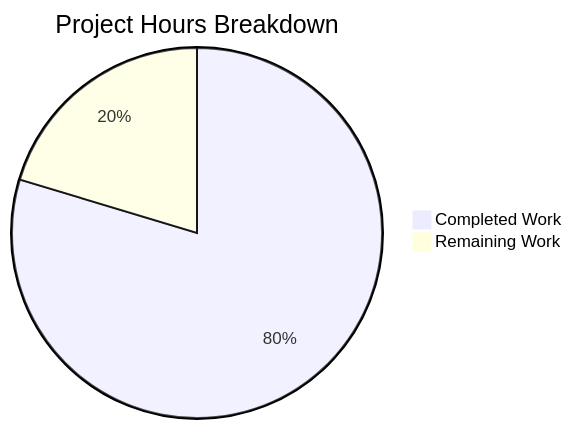
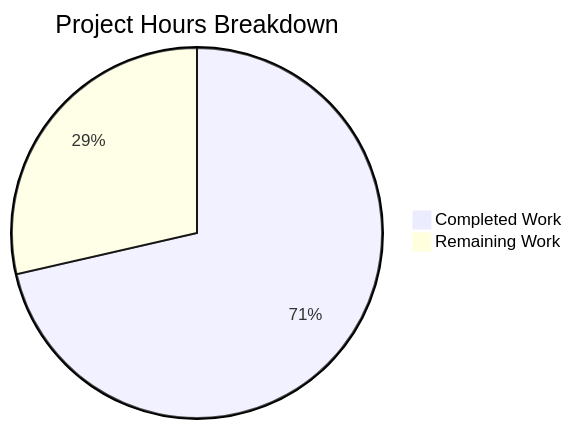
The diagram in blitzy/documentation/Project Guide.md (lakshya-blitzy/Dec_repo_with_valid_mul_files), drawn with Mermaid before and after one commit. The commit also changed other lines of this file, not shown here.

````diff
--- a/blitzy/documentation/Project Guide.md
+++ b/blitzy/documentation/Project Guide.md
@@ -102,5 +38,5 @@
 ```mermaid
 pie title Project Hours Breakdown
-    "Completed Work" : 47
+    "Completed Work" : 30
     "Remaining Work" : 12
 ```
````
